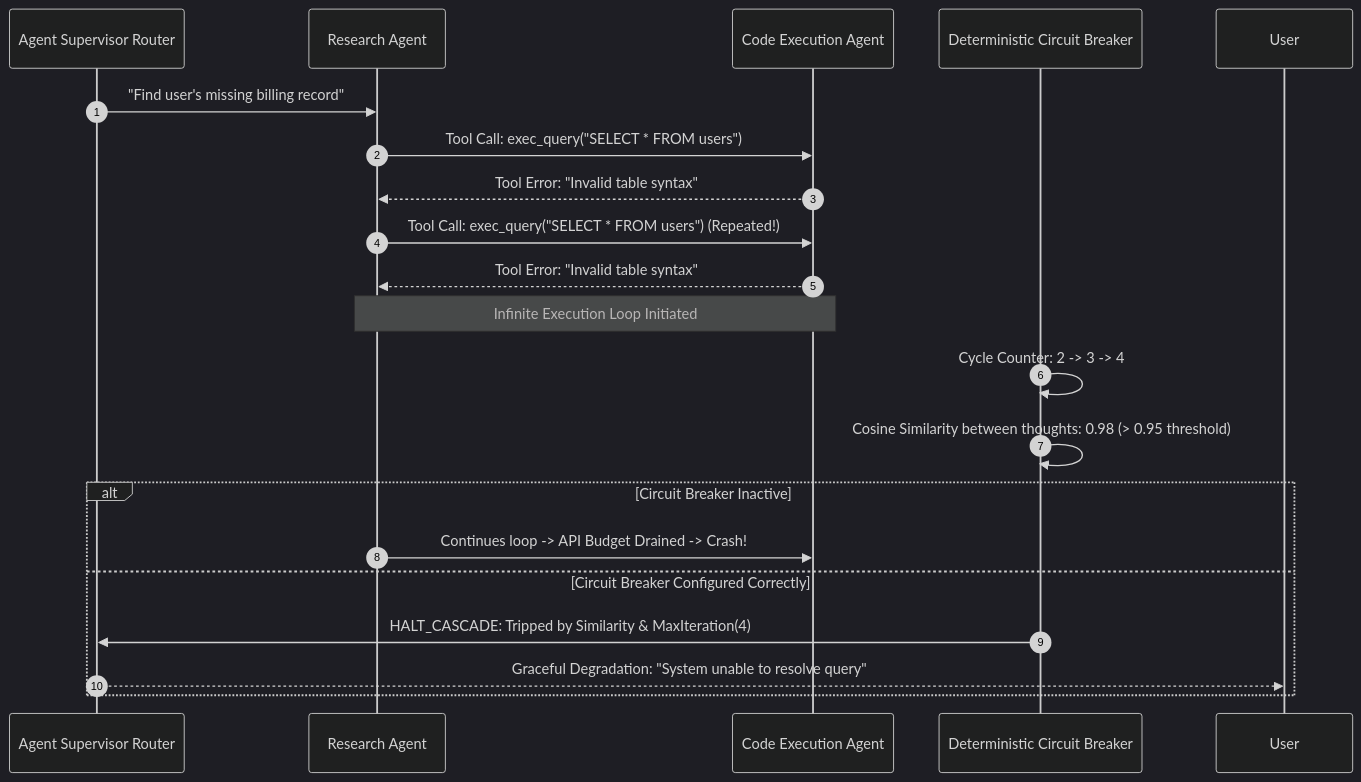
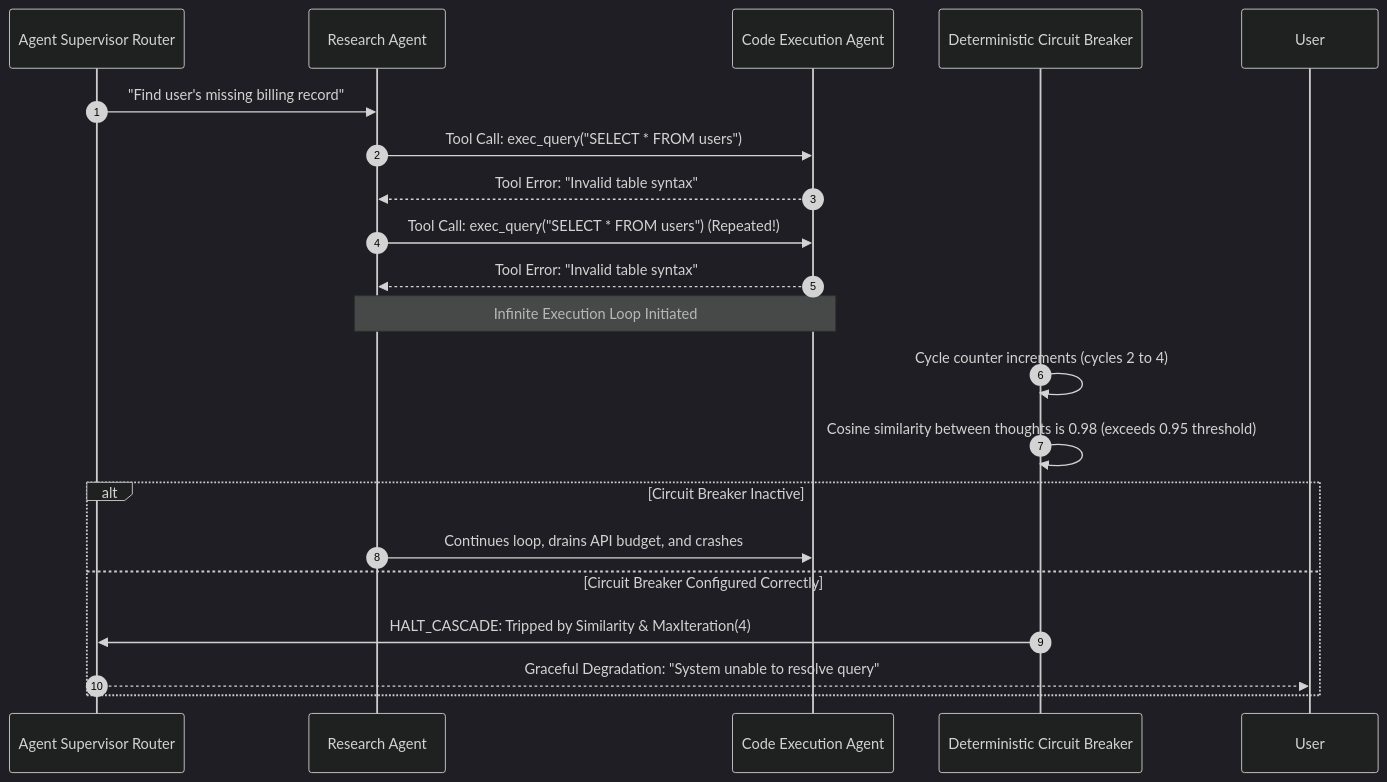
The fourth of 7 diagrams in documentation/design/detailed/05_interview_chaos_and_case_study_subsystems.md (Strider221B/ml-sys-design), drawn with Mermaid (dark theme) before and after one commit. The commit also changed 6 other files, not shown here.

````diff
--- a/documentation/design/detailed/05_interview_chaos_and_case_study_subsystems.md
+++ b/documentation/design/detailed/05_interview_chaos_and_case_study_subsystems.md
@@ -113,26 +113,26 @@
 ```mermaid
 sequenceDiagram
     autonumber
     participant Supervisor as Agent Supervisor Router
     participant Researcher as Research Agent
     participant Coder as Code Execution Agent
     participant Breaker as Deterministic Circuit Breaker
 
     Supervisor->>Researcher: "Find user's missing billing record"
     Researcher->>Coder: Tool Call: exec_query("SELECT * FROM users")
     Coder-->>Researcher: Tool Error: "Invalid table syntax"
     Researcher->>Coder: Tool Call: exec_query("SELECT * FROM users") (Repeated!)
     Coder-->>Researcher: Tool Error: "Invalid table syntax"
     
     Note over Researcher,Coder: Infinite Execution Loop Initiated
     
-    Breaker->>Breaker: Cycle Counter: 2 -> 3 -> 4
-    Breaker->>Breaker: Cosine Similarity between thoughts: 0.98 (> 0.95 threshold)
+    Breaker->>Breaker: Cycle counter increments (cycles 2 to 4)
+    Breaker->>Breaker: Cosine similarity between thoughts is 0.98 (exceeds 0.95 threshold)
     
     alt Circuit Breaker Inactive
-        Researcher->>Coder: Continues loop -> API Budget Drained -> Crash!
+        Researcher->>Coder: Continues loop, drains API budget, and crashes
     else Circuit Breaker Configured Correctly
         Breaker->>Supervisor: HALT_CASCADE: Tripped by Similarity & MaxIteration(4)
         Supervisor-->>User: Graceful Degradation: "System unable to resolve query"
     end
 ```
````
